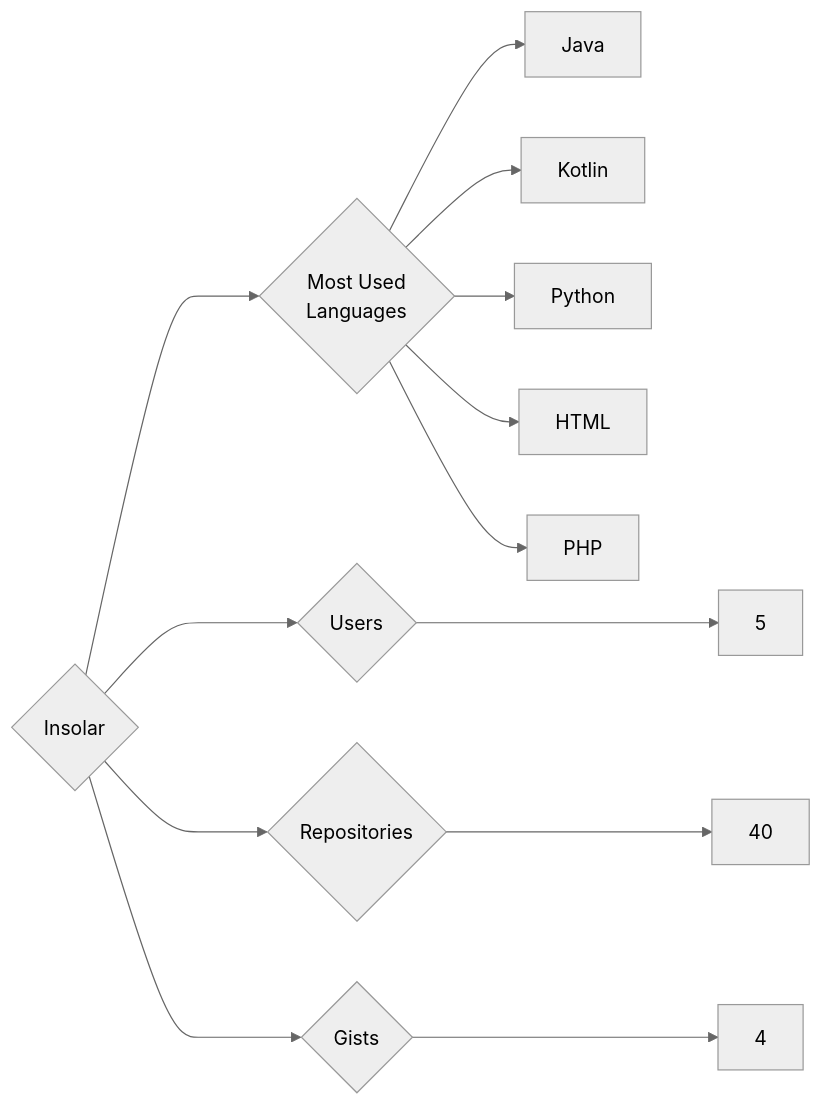
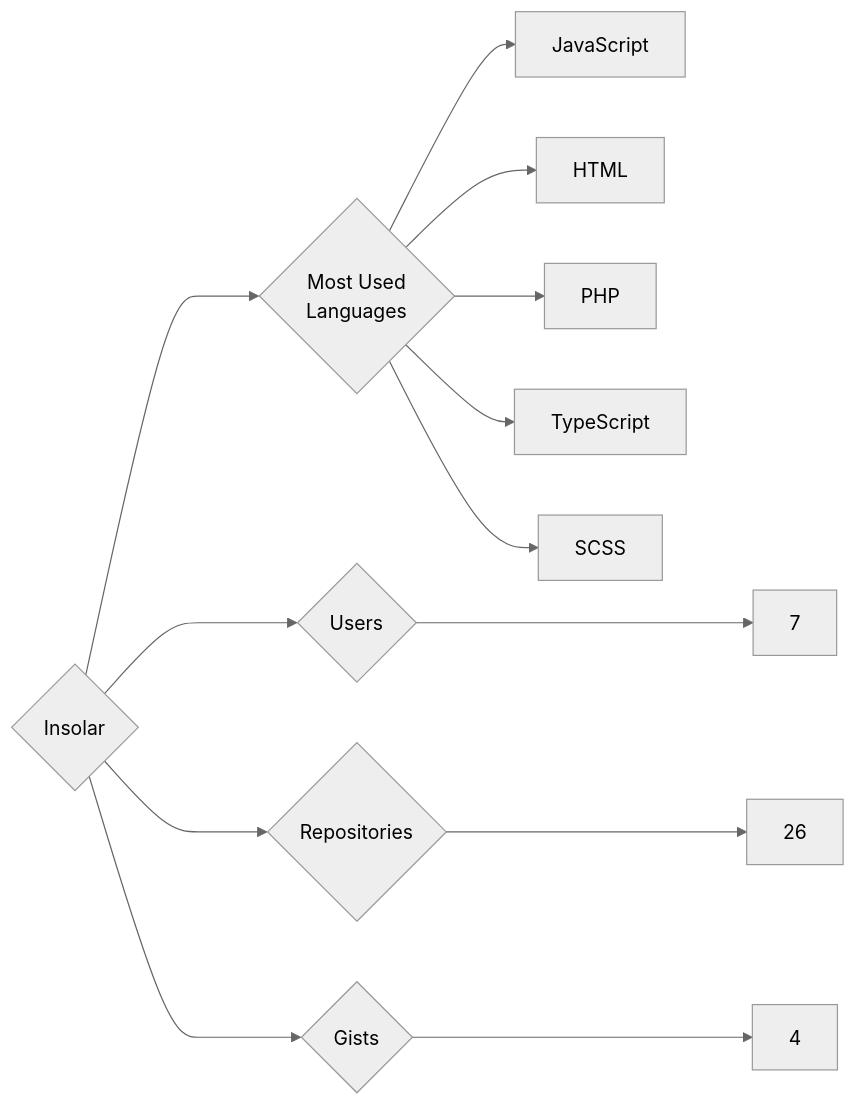
One commit to trickest/insiders changed the diagram in targets/Insolar/README.md. Above: the diagram before and after it, drawn with Mermaid (neutral theme). The commit also changed 1314 other files, not shown here.

````diff
--- a/targets/Insolar/README.md
+++ b/targets/Insolar/README.md
@@ -3,13 +3,13 @@
 ```mermaid
 graph LR
 COMPANY_NAME{Insolar}
-COMPANY_NAME ---> U{Users} ---> UN[5]
-COMPANY_NAME ---> R{Repositories} ---> RN[40]
+COMPANY_NAME ---> U{Users} ---> UN[7]
+COMPANY_NAME ---> R{Repositories} ---> RN[26]
 COMPANY_NAME ---> G{Gists} ---> GN[4]
 COMPANY_NAME ---> ML{Most Used<br>Languages}
-ML --> Java[Java]
-ML --> Kotlin[Kotlin]
-ML --> Python[Python]
+ML --> JavaScript[JavaScript]
 ML --> HTML[HTML]
 ML --> PHP[PHP]
+ML --> TypeScript[TypeScript]
+ML --> SCSS[SCSS]
 ```
````
